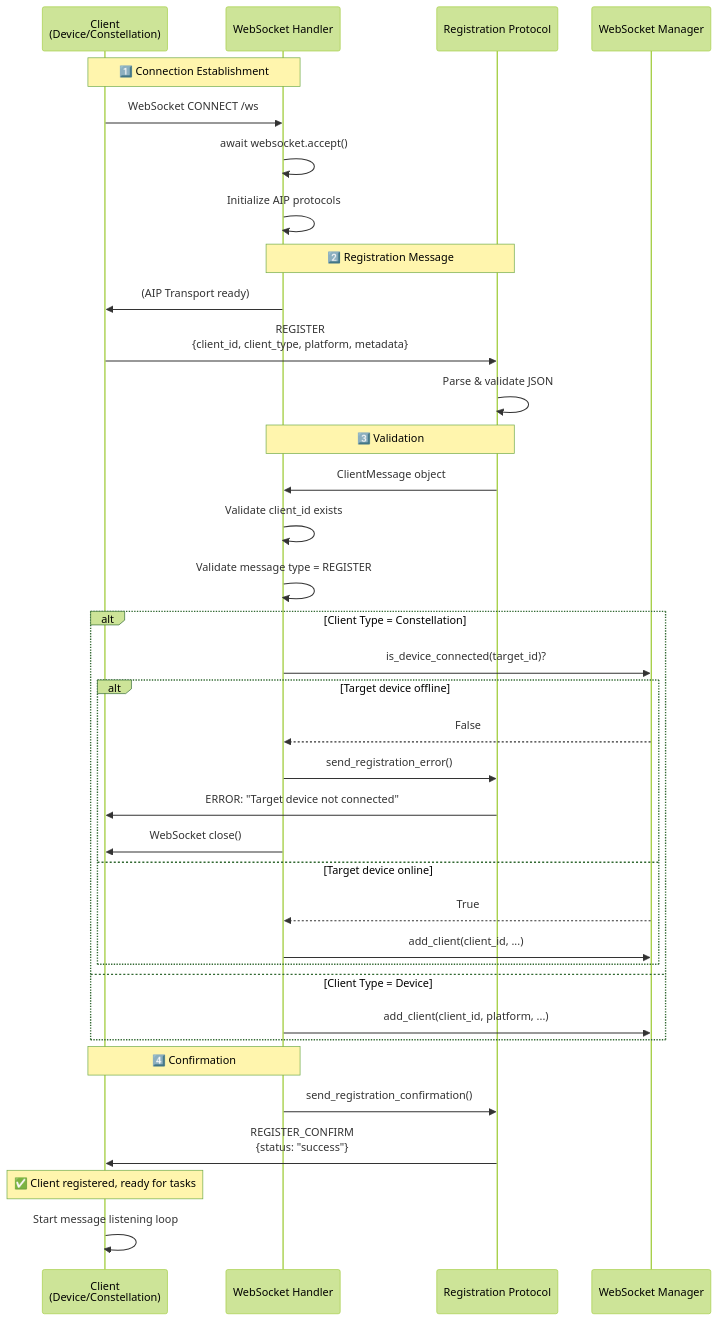
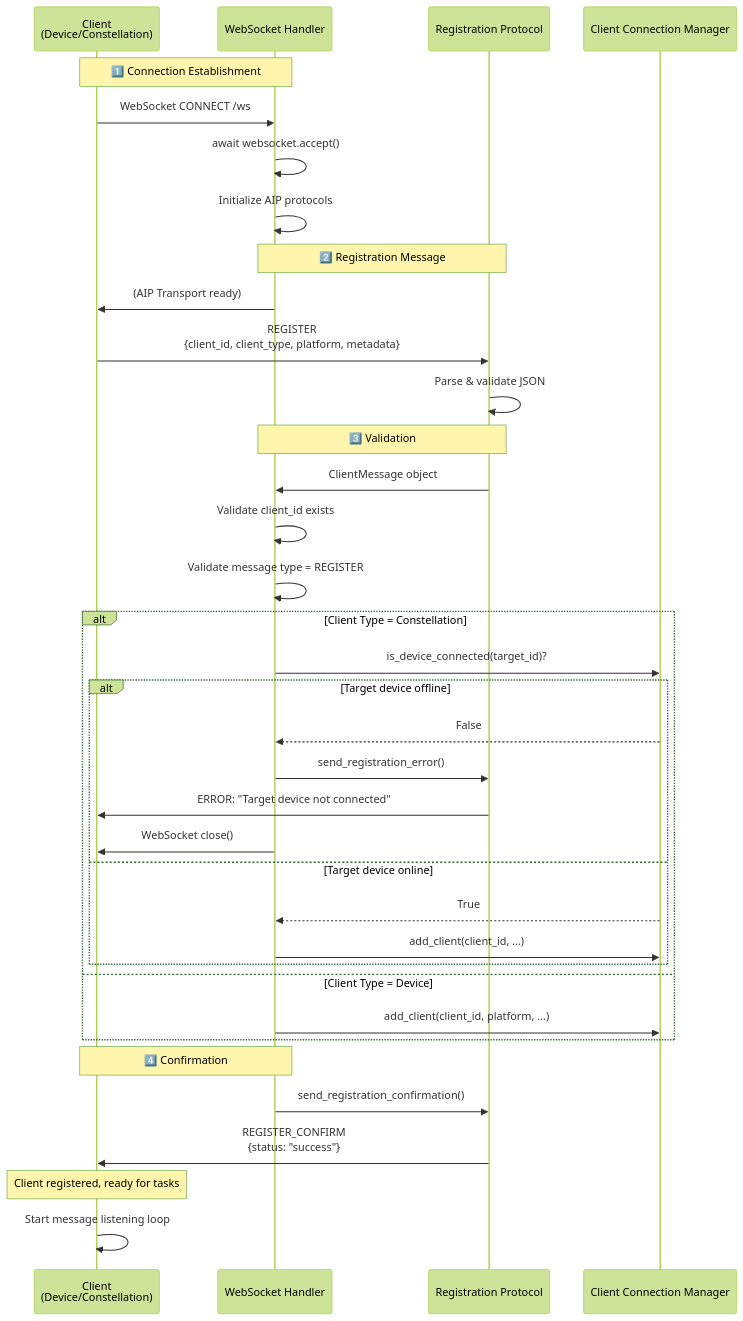
Before and after one commit to microsoft/UFO: the second of 7 diagrams in documents/docs/server/websocket_handler.md, drawn with Mermaid (forest theme). The commit also changed other lines of this file and 8 other files, not shown here.

````diff
--- a/documents/docs/server/websocket_handler.md
+++ b/documents/docs/server/websocket_handler.md
@@ -127,44 +127,44 @@
 ```mermaid
 sequenceDiagram
     participant C as Client<br/>(Device/Constellation)
     participant WS as WebSocket Handler
     participant RP as Registration Protocol
-    participant WSM as WebSocket Manager
+    participant WSM as Client Connection Manager
     
     Note over C,WS: 1️⃣ Connection Establishment
     C->>WS: WebSocket CONNECT /ws
     WS->>WS: await websocket.accept()
     WS->>WS: Initialize AIP protocols
     
     Note over WS,RP: 2️⃣ Registration Message
     WS->>C: (AIP Transport ready)
     C->>RP: REGISTER<br/>{client_id, client_type, platform, metadata}
     RP->>RP: Parse & validate JSON
     
     Note over RP,WS: 3️⃣ Validation
     RP->>WS: ClientMessage object
     WS->>WS: Validate client_id exists
     WS->>WS: Validate message type = REGISTER
     
     alt Client Type = Constellation
         WS->>WSM: is_device_connected(target_id)?
         alt Target device offline
             WSM-->>WS: False
             WS->>RP: send_registration_error()
             RP->>C: ERROR: "Target device not connected"
             WS->>C: WebSocket close()
         else Target device online
             WSM-->>WS: True
             WS->>WSM: add_client(client_id, ...)
         end
     else Client Type = Device
         WS->>WSM: add_client(client_id, platform, ...)
     end
     
     Note over WS,C: 4️⃣ Confirmation
     WS->>RP: send_registration_confirmation()
     RP->>C: REGISTER_CONFIRM<br/>{status: "success"}
     
-    Note over C: ✅ Client registered, ready for tasks
+    Note over C: Client registered, ready for tasks
     C->>C: Start message listening loop
 ```
````
